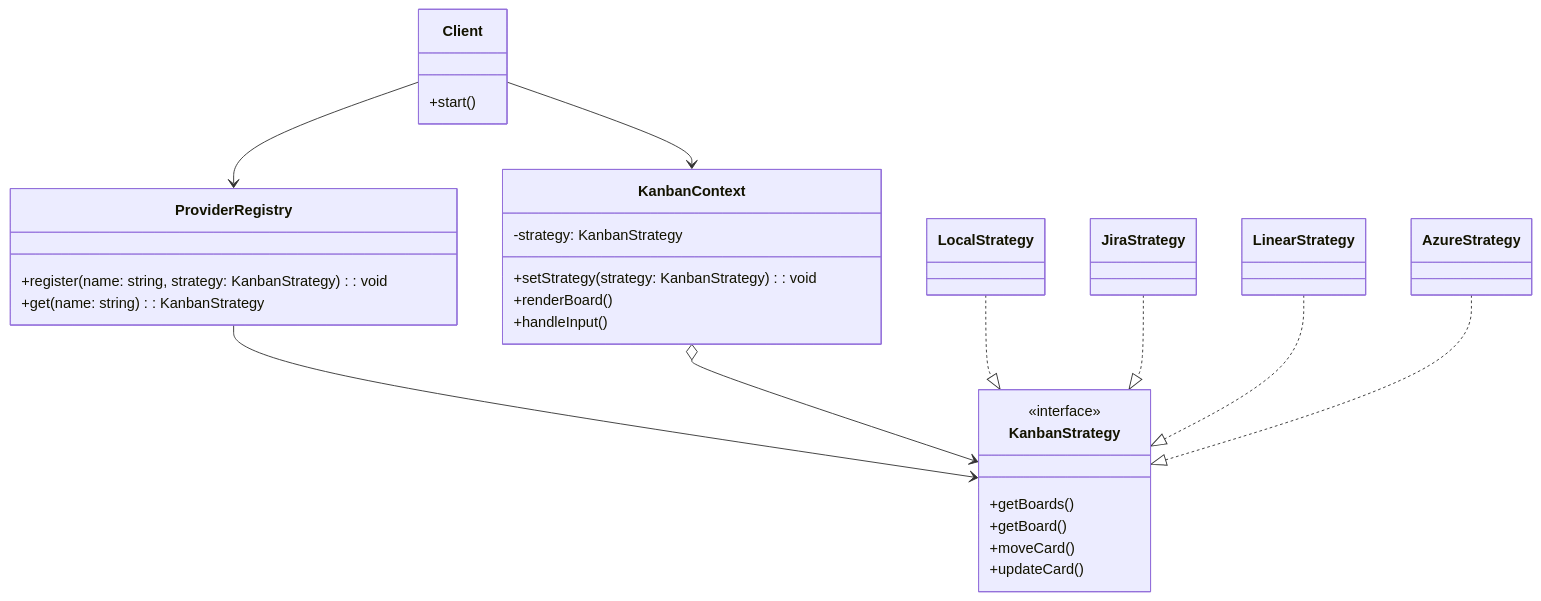
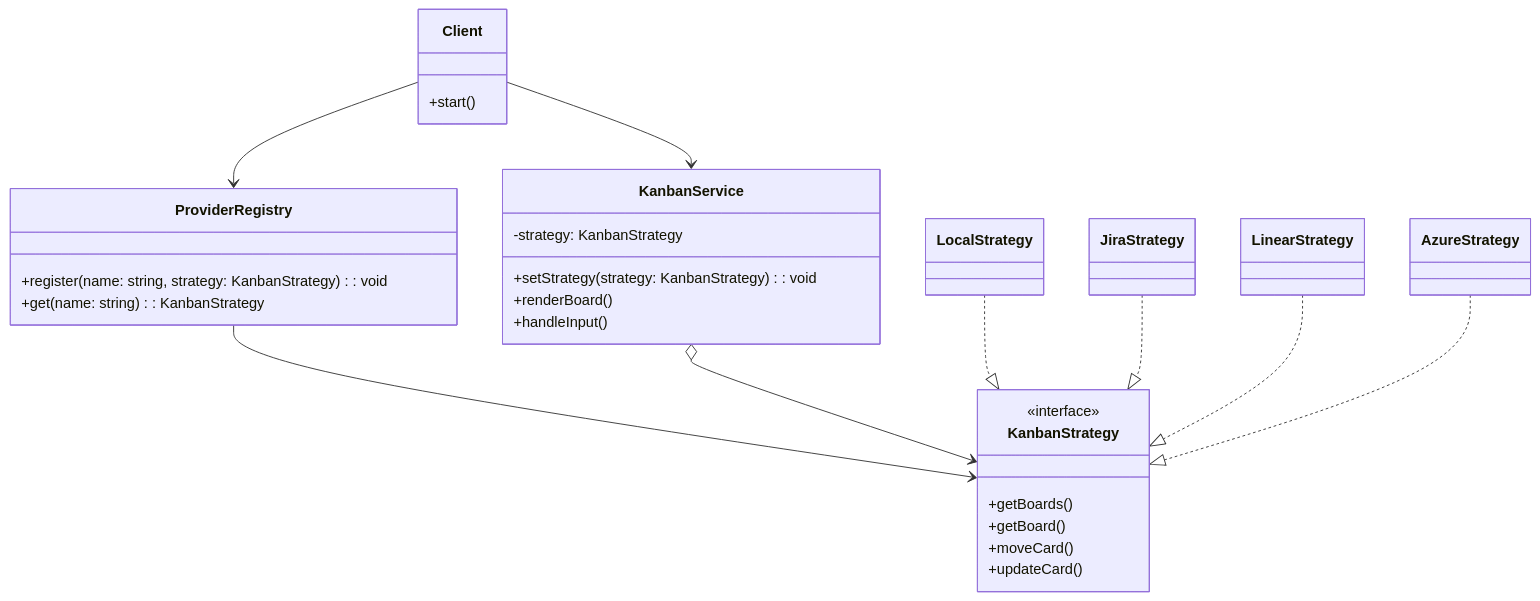
Before and after one commit to kuhlekt1v/lazyban: the diagram in readme.md, drawn with Mermaid. The commit also changed other lines of this file, not shown here.

````diff
--- a/readme.md
+++ b/readme.md
@@ -57,51 +54,51 @@
 ```mermaid
 classDiagram
     %%direction LR
 
     %% Client / Bootstrap
     class Client {
         +start()
     }
 
     %% Registry (outside Strategy)
     class ProviderRegistry {
         +register(name: string, strategy: KanbanStrategy): void
         +get(name: string): KanbanStrategy
     }
 
-    %% Context
-    class KanbanContext {
+    %% Service (Strategy Context)
+    class KanbanService {
         -strategy: KanbanStrategy
         +setStrategy(strategy: KanbanStrategy): void
         +renderBoard()
         +handleInput()
     }
 
     %% Strategy Interface
     class KanbanStrategy {
         <<interface>>
         +getBoards()
         +getBoard()
         +moveCard()
         +updateCard()
     }
 
     %% Concrete Strategies
     class LocalStrategy
     class JiraStrategy
     class LinearStrategy
     class AzureStrategy
 
     %% Relationships
     Client --> ProviderRegistry
     ProviderRegistry --> KanbanStrategy
 
-    Client --> KanbanContext
-    KanbanContext o--> KanbanStrategy
+    Client --> KanbanService
+    KanbanService o--> KanbanStrategy
 
     LocalStrategy ..|> KanbanStrategy
     JiraStrategy ..|> KanbanStrategy
     LinearStrategy ..|> KanbanStrategy
     AzureStrategy ..|> KanbanStrategy
 
 ```
````
